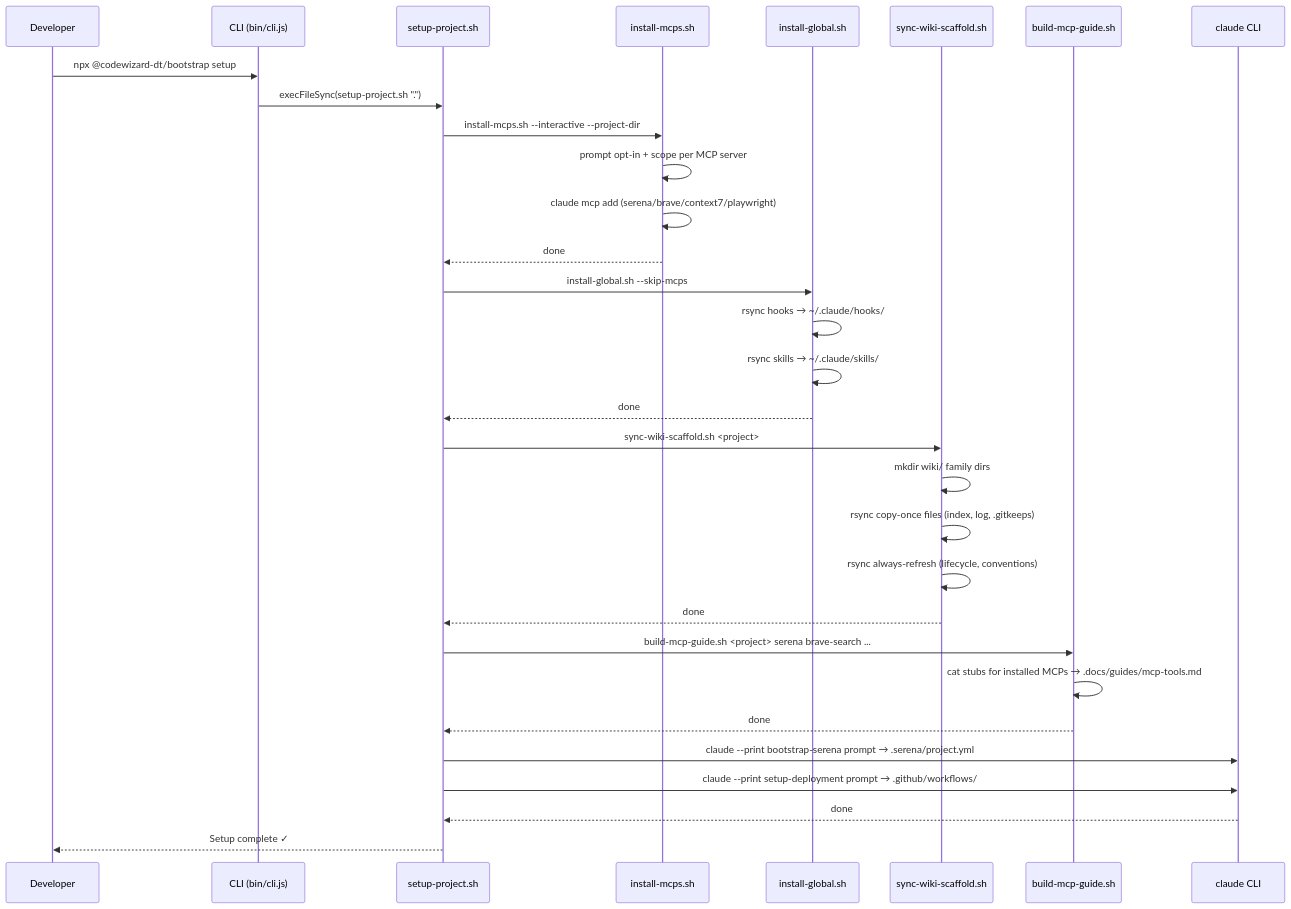
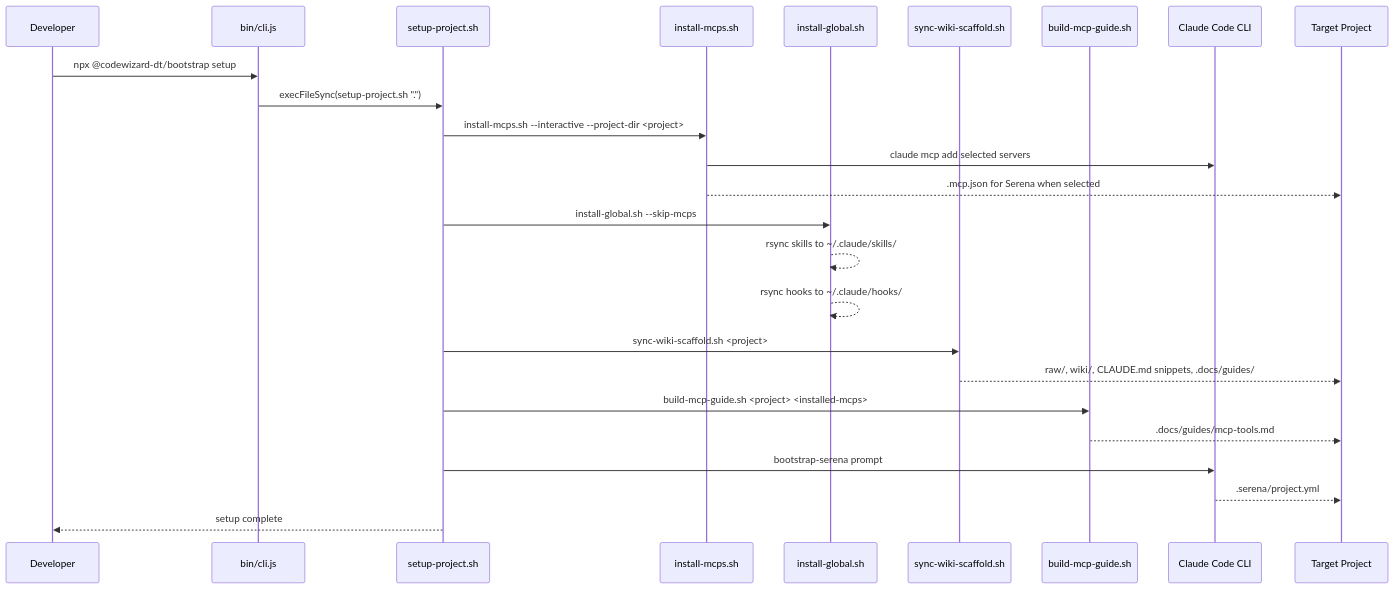
One commit to codewizard-dt/bootstrap-claude changed the second of 3 diagrams in README.md. Above: the diagram before and after it, drawn with Mermaid. The commit also changed other lines of this file and 18 other files, not shown here.

Commit message:
[minor] Decouple deployment from setup, add unit-test promotion to /uat-generate, normalize archive/ paths across skills

````diff
--- a/README.md
+++ b/README.md
@@ -152,34 +184,28 @@
 ```mermaid
 sequenceDiagram
   participant Dev as Developer
-  participant CLI as CLI (bin/cli.js)
+  participant CLI as bin/cli.js
   participant Setup as setup-project.sh
-  participant MCPs as install-mcps.sh
-  participant Install as install-global.sh
+  participant MCP as install-mcps.sh
+  participant Global as install-global.sh
   participant Wiki as sync-wiki-scaffold.sh
   participant Guide as build-mcp-guide.sh
-  participant Claude as claude CLI
+  participant Claude as Claude Code CLI
+  participant Project as Target Project
 
   Dev->>CLI: npx @codewizard-dt/bootstrap setup
   CLI->>Setup: execFileSync(setup-project.sh ".")
-  Setup->>MCPs: install-mcps.sh --interactive --project-dir
-  MCPs->>MCPs: prompt opt-in + scope per MCP server
-  MCPs->>MCPs: claude mcp add (serena/brave/context7/playwright)
-  MCPs-->>Setup: done
-  Setup->>Install: install-global.sh --skip-mcps
-  Install->>Install: rsync hooks → ~/.claude/hooks/
-  Install->>Install: rsync skills → ~/.claude/skills/
-  Install-->>Setup: done
+  Setup->>MCP: install-mcps.sh --interactive --project-dir <project>
+  MCP->>Claude: claude mcp add selected servers
+  MCP-->>Project: .mcp.json for Serena when selected
+  Setup->>Global: install-global.sh --skip-mcps
+  Global-->>Global: rsync skills to ~/.claude/skills/
+  Global-->>Global: rsync hooks to ~/.claude/hooks/
   Setup->>Wiki: sync-wiki-scaffold.sh <project>
-  Wiki->>Wiki: mkdir wiki/ family dirs
-  Wiki->>Wiki: rsync copy-once files (index, log, .gitkeeps)
-  Wiki->>Wiki: rsync always-refresh (lifecycle, conventions)
-  Wiki-->>Setup: done
-  Setup->>Guide: build-mcp-guide.sh <project> serena brave-search ...
-  Guide->>Guide: cat stubs for installed MCPs → .docs/guides/mcp-tools.md
-  Guide-->>Setup: done
-  Setup->>Claude: claude --print bootstrap-serena prompt → .serena/project.yml
-  Setup->>Claude: claude --print setup-deployment prompt → .github/workflows/
-  Claude-->>Setup: done
-  Setup-->>Dev: Setup complete ✓
+  Wiki-->>Project: raw/, wiki/, CLAUDE.md snippets, .docs/guides/
+  Setup->>Guide: build-mcp-guide.sh <project> <installed-mcps>
+  Guide-->>Project: .docs/guides/mcp-tools.md
+  Setup->>Claude: bootstrap-serena prompt
+  Claude-->>Project: .serena/project.yml
+  Setup-->>Dev: setup complete
 ```
````
